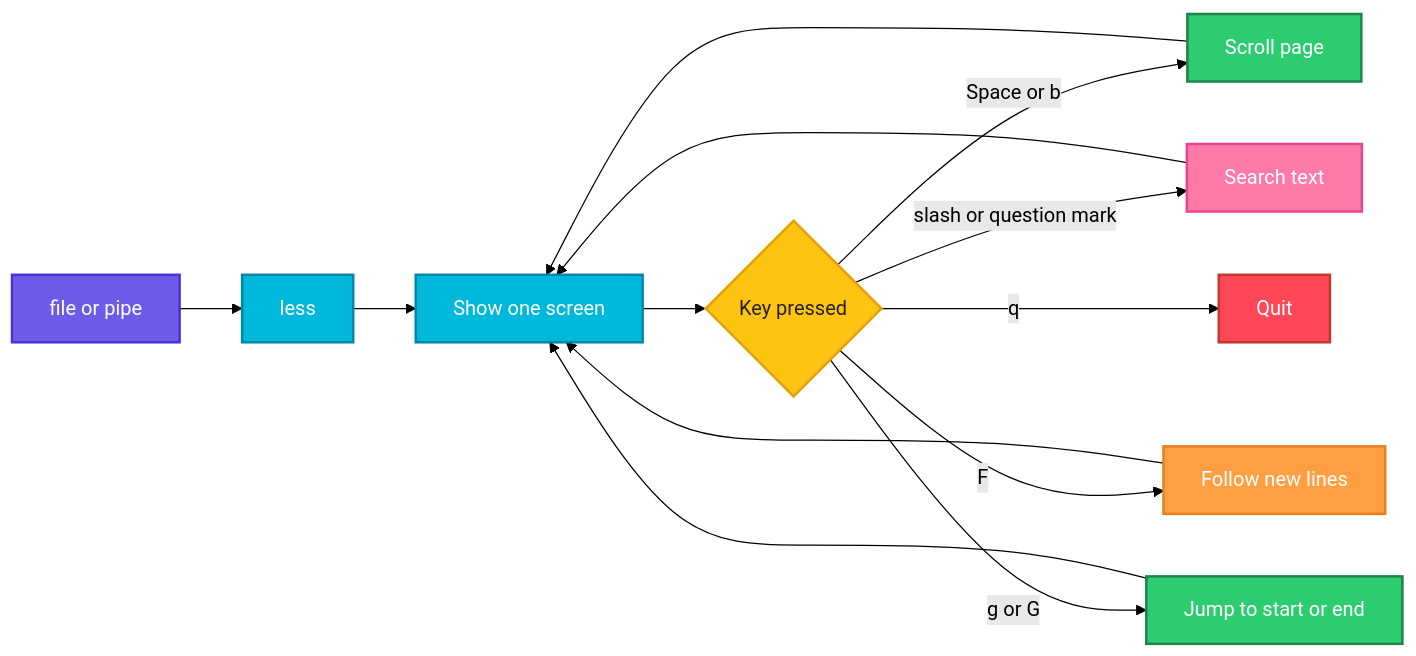
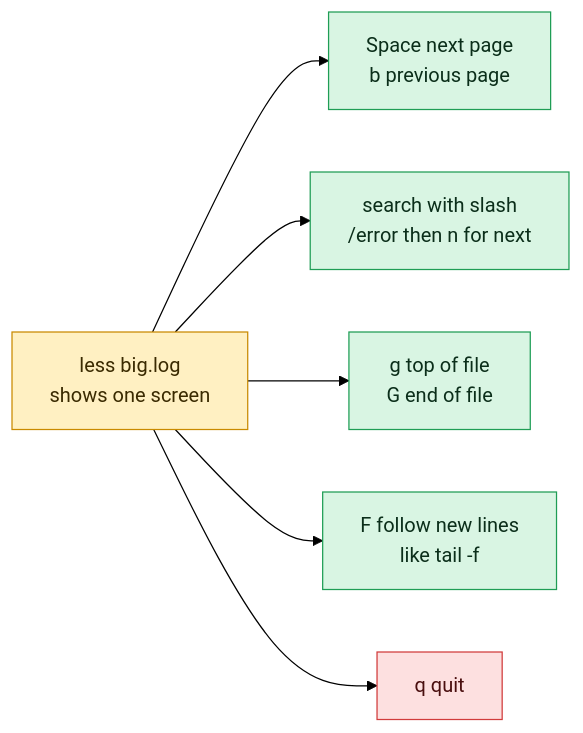
Before and after one commit to codeKerdosTech/DevOps-Documentation: the diagram in linux/file-management/less.md, drawn with Mermaid (forest theme). The commit also changed other lines of this file and 165 other files, not shown here.

Commit message:
updated diagrams in linux

````diff
--- a/linux/file-management/less.md
+++ b/linux/file-management/less.md
@@ -15,29 +15,16 @@
 ```mermaid
 flowchart LR
-    A[file or pipe] --> B[less]
-    B --> C[Show one screen]
-    C --> D{Key pressed}
-    D -->|Space or b| E[Scroll page]
-    D -->|slash or question mark| F[Search text]
-    D -->|F| G[Follow new lines]
-    D -->|g or G| H[Jump to start or end]
-    D -->|q| I[Quit]
-    E --> C
-    F --> C
-    G --> C
-    H --> C
-    classDef start fill:#6C5CE7,stroke:#4834D4,stroke-width:2px,color:#fff
-    classDef proc fill:#00B8D9,stroke:#0087A8,stroke-width:2px,color:#fff
-    classDef dec fill:#FFC312,stroke:#E1A100,stroke-width:2px,color:#222
-    classDef ok fill:#2ECC71,stroke:#1E8449,stroke-width:2px,color:#fff
-    classDef err fill:#FF4757,stroke:#C0392B,stroke-width:2px,color:#fff
-    classDef out fill:#FD79A8,stroke:#E84393,stroke-width:2px,color:#fff
-    classDef alt fill:#FF9F43,stroke:#E67E22,stroke-width:2px,color:#fff
-    class A start
-    class B,C proc
-    class D dec
-    class E,H ok
-    class F out
-    class G alt
-    class I err
+    c1[less big.log<br/>shows one screen] --> o1[Space next page<br/>b previous page]
+    c1 --> o2[search with slash<br/>/error then n for next]
+    c1 --> o3[g top of file<br/>G end of file]
+    c1 --> o4[F follow new lines<br/>like tail -f]
+    c1 --> x1[q quit]
+    classDef inp fill:#DCEBFF,stroke:#2F6FDE,color:#10213F
+    classDef cmd fill:#FFF0C2,stroke:#C98A00,color:#3A2A00
+    classDef out fill:#D9F5E3,stroke:#1F9D55,color:#0B2E1A
+    classDef bad fill:#FDE0E0,stroke:#D13B3B,color:#4A0F0F
+    classDef note fill:#ECEFF3,stroke:#7B8794,color:#1F2933
+    class c1 cmd
+    class o1,o2,o3,o4 out
+    class x1 bad
 ```
````
